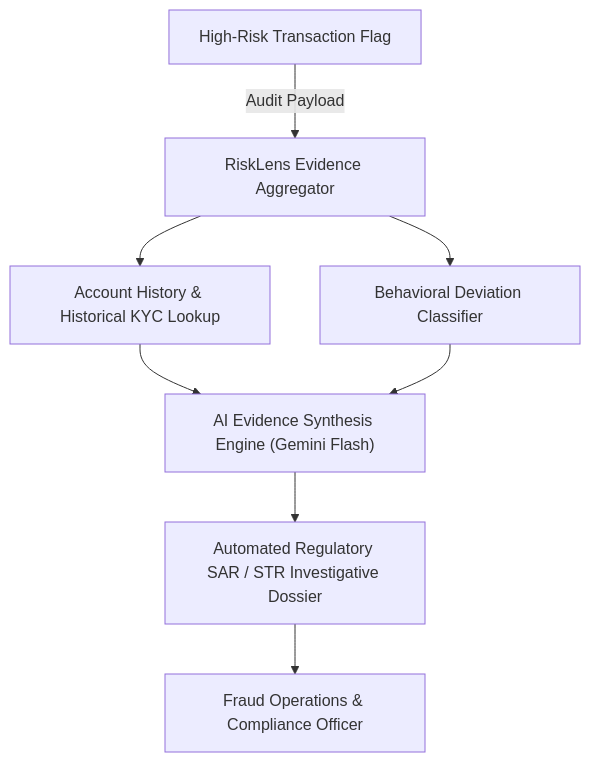
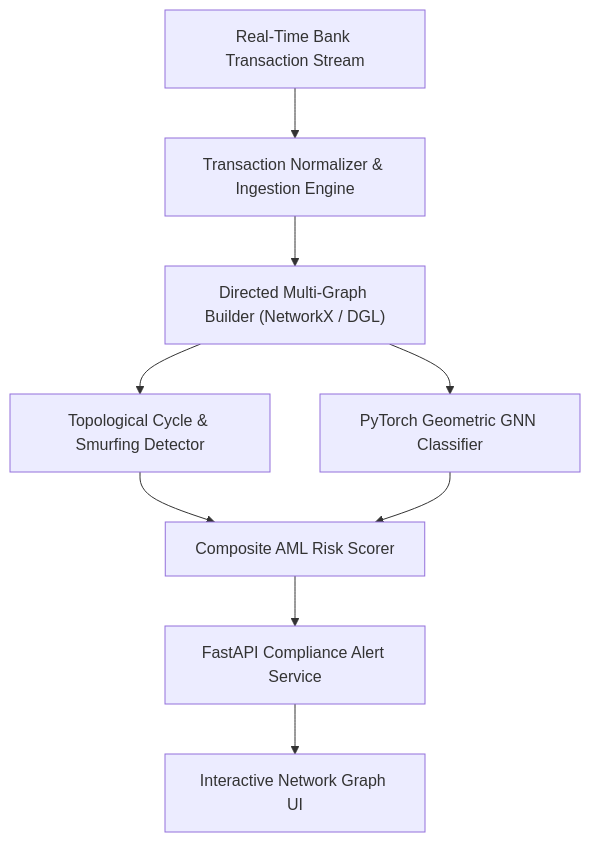
Before and after one commit to Tharun4743/RiskLens-AI: the diagram in README.md, drawn with Mermaid. The commit also changed other lines of this file and 3 other files, not shown here.

````diff
--- a/README.md
+++ b/README.md
@@ -35,10 +39,10 @@
 ```mermaid
-graph TD
-    Alert["High-Risk Transaction Flag"] -->|Audit Payload| Ingestion["RiskLens Evidence Aggregator"]
-    Ingestion --> Ledger["Account History & Historical KYC Lookup"]
-    Ingestion --> Anomaly["Behavioral Deviation Classifier"]
-    Ledger --> LLMAssistant["AI Evidence Synthesis Engine (Gemini Flash)"]
-    Anomaly --> LLMAssistant
-    LLMAssistant --> Dossier["Automated Regulatory SAR / STR Investigative Dossier"]
-    Dossier --> Analyst["Fraud Operations & Compliance Officer"]
+flowchart TD
+    TxFeed["Real-Time Bank Transaction Stream"] --> Ingestion["Transaction Normalizer & Ingestion Engine"]
+    Ingestion --> GraphDB["Directed Multi-Graph Builder (NetworkX / DGL)"]
+    GraphDB --> TopologyEngine["Topological Cycle & Smurfing Detector"]
+    GraphDB --> GNNModel["PyTorch Geometric GNN Classifier"]
+    TopologyEngine & GNNModel --> RiskAggregator["Composite AML Risk Scorer"]
+    RiskAggregator --> AlertAPI["FastAPI Compliance Alert Service"]
+    AlertAPI --> Visualizer["Interactive Network Graph UI"]
 ```
````
